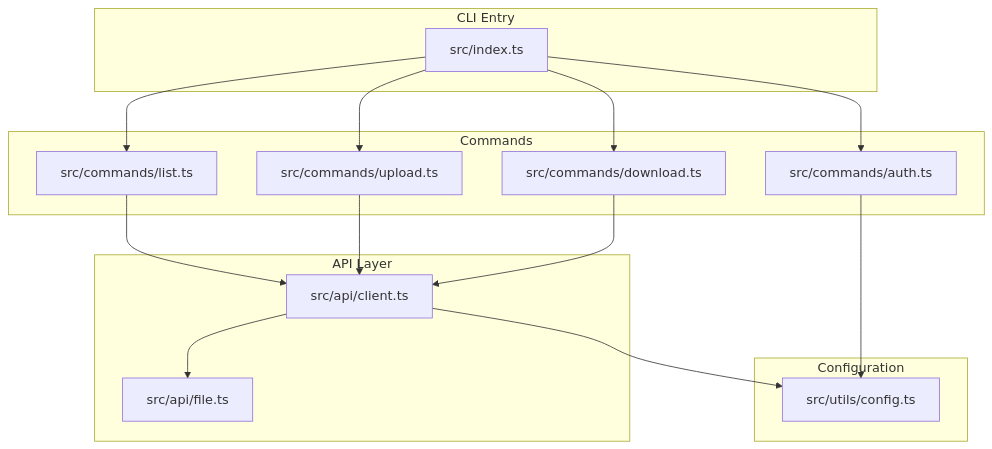
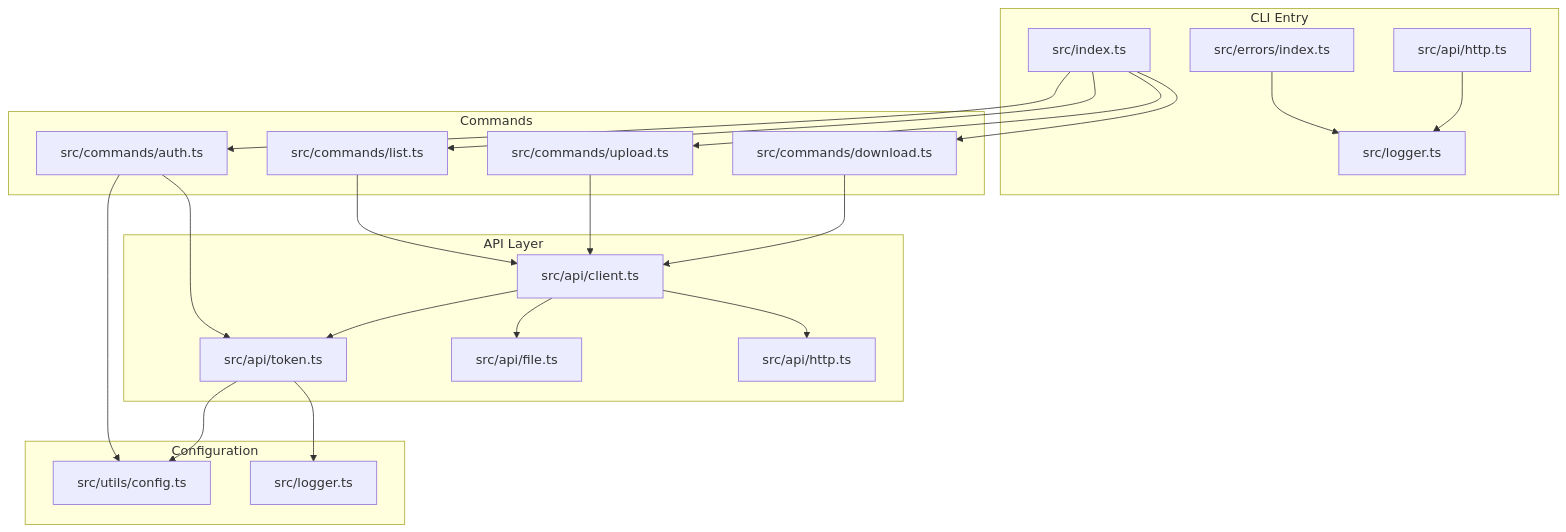
One commit to yuexiaoliang/baiduwangpan-manager changed the first of 9 diagrams in .qoder/repowiki/en/content/Configuration Management/Configuration Management.md. Above: the diagram before and after it, drawn with Mermaid. The commit also changed other lines of this file and 30 other files, not shown here.

````diff
--- a/.qoder/repowiki/en/content/Configuration Management/Configuration Management.md
+++ b/.qoder/repowiki/en/content/Configuration Management/Configuration Management.md
@@ -49,29 +68,41 @@
 ```mermaid
 graph TB
 subgraph "CLI Entry"
 IDX["src/index.ts"]
+END_ERR["src/errors/index.ts"]
+END_HTTP["src/api/http.ts"]
+END_LOGGER["src/logger.ts"]
 end
 subgraph "Commands"
 AUTH["src/commands/auth.ts"]
 LIST_CMD["src/commands/list.ts"]
 UPLOAD_CMD["src/commands/upload.ts"]
 DOWNLOAD_CMD["src/commands/download.ts"]
 end
 subgraph "API Layer"
 CLIENT["src/api/client.ts"]
 FILE_API["src/api/file.ts"]
+TOKEN_MGR["src/api/token.ts"]
+HTTP_CLIENT["src/api/http.ts"]
 end
 subgraph "Configuration"
 CFG["src/utils/config.ts"]
+LOGGER["src/logger.ts"]
 end
 IDX --> AUTH
 IDX --> LIST_CMD
 IDX --> UPLOAD_CMD
 IDX --> DOWNLOAD_CMD
 AUTH --> CFG
+AUTH --> TOKEN_MGR
 LIST_CMD --> CLIENT
 UPLOAD_CMD --> CLIENT
 DOWNLOAD_CMD --> CLIENT
-CLIENT --> CFG
+CLIENT --> TOKEN_MGR
+TOKEN_MGR --> CFG
+TOKEN_MGR --> LOGGER
 CLIENT --> FILE_API
+CLIENT --> HTTP_CLIENT
+END_ERR --> END_LOGGER
+END_HTTP --> END_LOGGER
 ```
````
